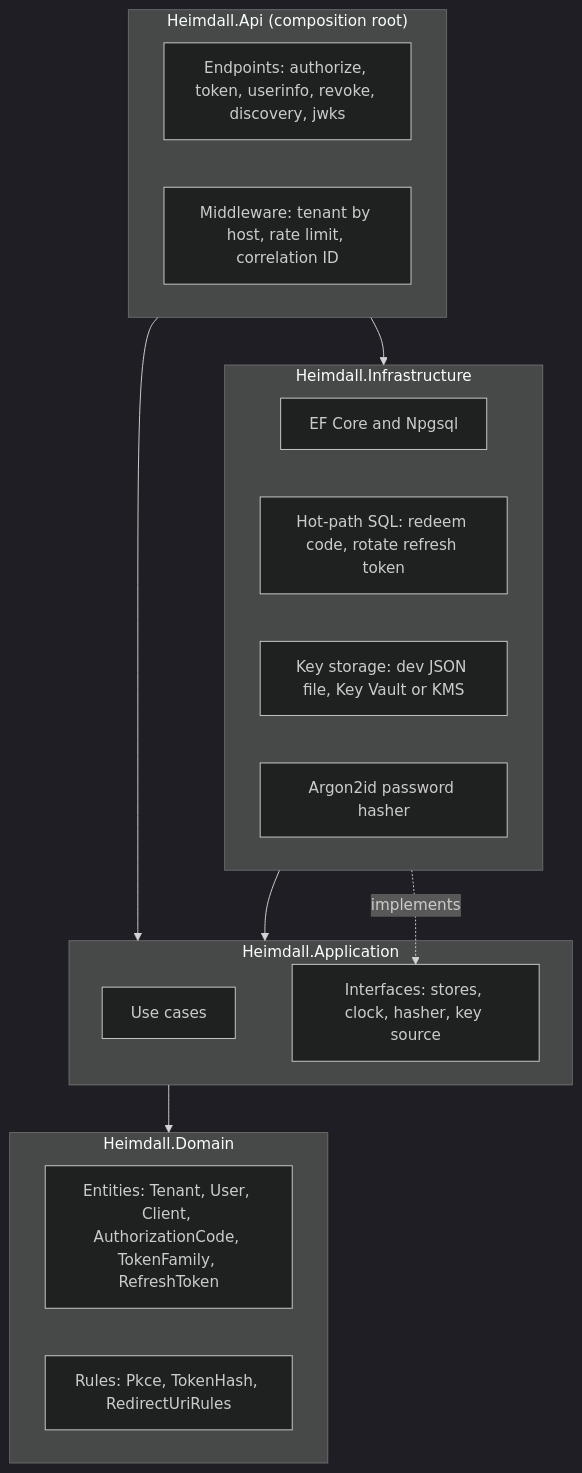
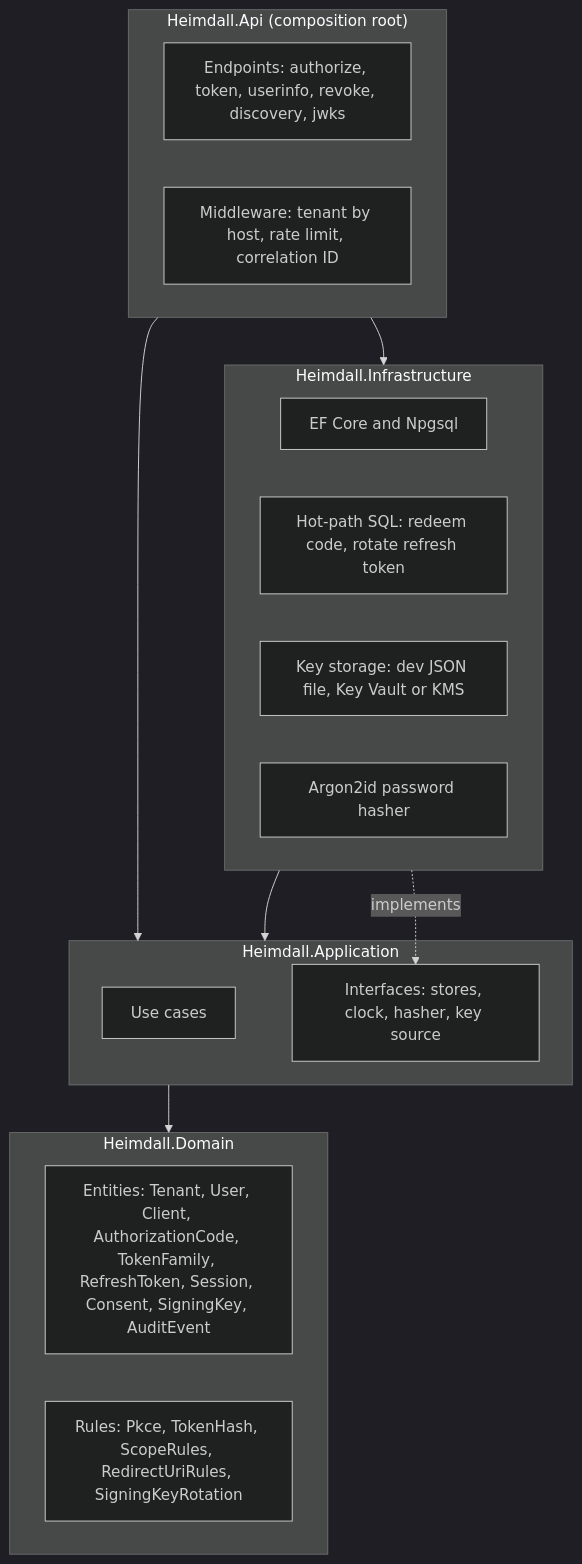
Before and after one commit to Parth2500/heimdall-idp: the first of 3 diagrams in docs/diagrams/01-architecture.md, drawn with Mermaid (dark theme). The commit also changed 16 other files, not shown here.

First line of the commit message:
Add Session, Consent, SigningKey, AuditEvent; document the Domain model

````diff
--- a/docs/diagrams/01-architecture.md
+++ b/docs/diagrams/01-architecture.md
@@ -7,27 +7,27 @@
 ```mermaid
 flowchart TB
     subgraph Api["Heimdall.Api (composition root)"]
         EP["Endpoints: authorize, token, userinfo, revoke, discovery, jwks"]
         MW["Middleware: tenant by host, rate limit, correlation ID"]
     end
     subgraph Infra["Heimdall.Infrastructure"]
         EF["EF Core and Npgsql"]
         SQL["Hot-path SQL: redeem code, rotate refresh token"]
         KEYS["Key storage: dev JSON file, Key Vault or KMS"]
         HASH["Argon2id password hasher"]
     end
     subgraph App["Heimdall.Application"]
         UC["Use cases"]
         PORTS["Interfaces: stores, clock, hasher, key source"]
     end
     subgraph Dom["Heimdall.Domain"]
-        ENT["Entities: Tenant, User, Client, AuthorizationCode, TokenFamily, RefreshToken"]
-        RULES["Rules: Pkce, TokenHash, RedirectUriRules"]
+        ENT["Entities: Tenant, User, Client, AuthorizationCode, TokenFamily, RefreshToken, Session, Consent, SigningKey, AuditEvent"]
+        RULES["Rules: Pkce, TokenHash, ScopeRules, RedirectUriRules, SigningKeyRotation"]
     end
 
     Api --> App
     Api --> Infra
     Infra --> App
     App --> Dom
     Infra -.implements.-> PORTS
 ```
````
